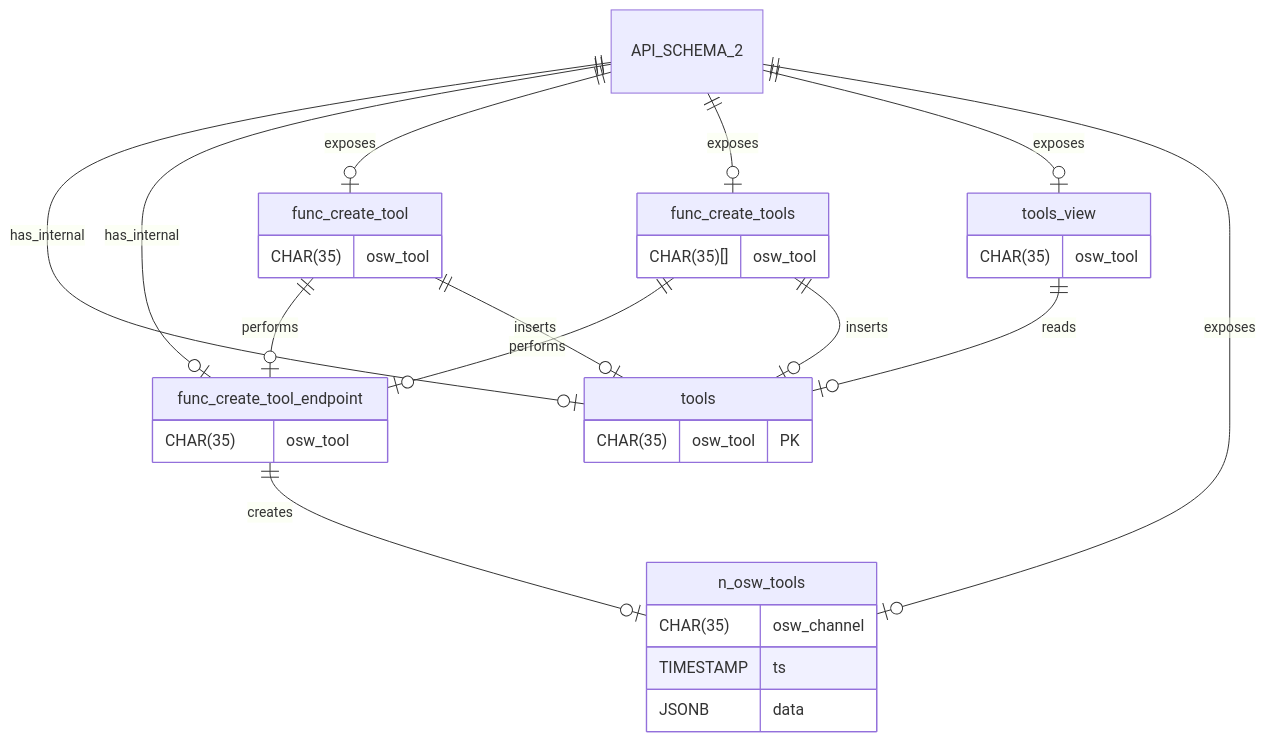
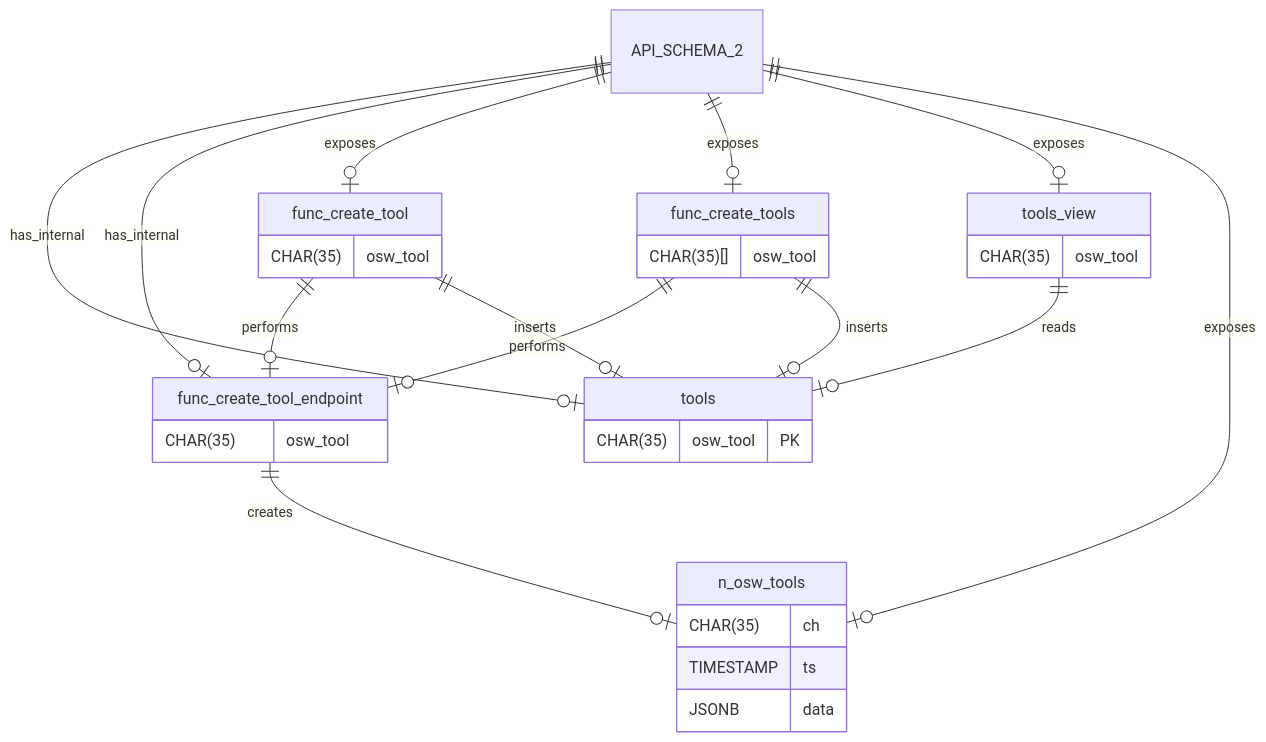
The diagram in README.md (OpenSemanticLab/timescaledb-postgrest), drawn with Mermaid before and after one commit. The commit also changed other lines of this file and 1 other file, not shown here.

Commit message:
upd: dataset example and channel attribute to ch

````diff
--- a/README.md
+++ b/README.md
@@ -14,36 +14,36 @@
 ```mermaid
 erDiagram
   a[API_SCHEMA_2]
   t[tools] {
     CHAR(35) osw_tool PK
   }
   tv[tools_view] {
     CHAR(35) osw_tool
   }
   fcte[func_create_tool_endpoint] {
     CHAR(35) osw_tool
   }
   fct[func_create_tool] {
     CHAR(35) osw_tool
   }
   fcts[func_create_tools] {
     CHAR(35)[] osw_tool
   }
   nt[n_osw_tools] {
-    CHAR(35) osw_channel
+    CHAR(35) ch
     TIMESTAMP ts
     JSONB data
   }
   a ||--o| t : has_internal
   a ||--o| fcte : has_internal
   a ||--o| fct : exposes
   a ||--o| fcts : exposes
   a ||--o| tv : exposes
   a ||--o| nt : exposes
   tv ||--o| t : reads
   fct ||--o| fcte : performs
   fct ||--o| t : inserts
   fcts ||--o| fcte : performs
   fcts ||--o| t : inserts
   fcte ||--o| nt : creates
 ```
````
